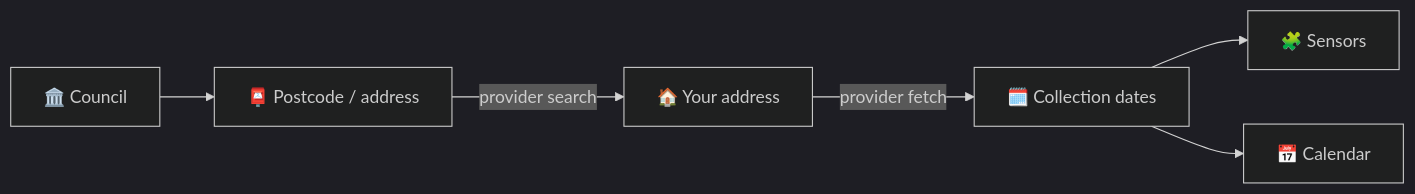
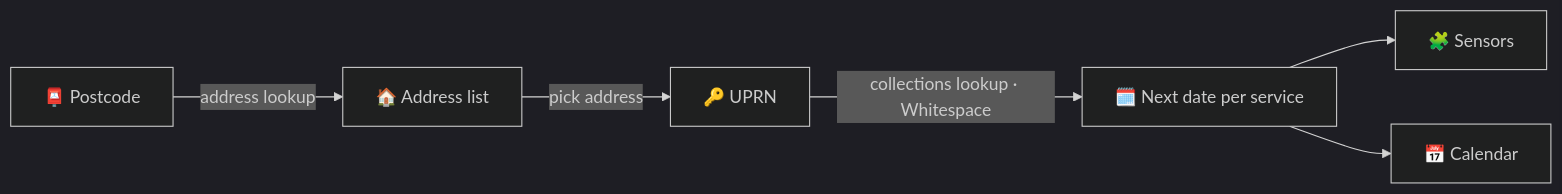
Before and after one commit to Playcolors-co/ha-binhass: the diagram in README.md, drawn with Mermaid (dark theme). The commit also changed other lines of this file and 15 other files, not shown here.

````diff
--- a/README.md
+++ b/README.md
@@ -106,8 +113,8 @@
 ```mermaid
 flowchart LR
-    C["🏛️ Council"] --> Q["📮 Postcode / address"]
-    Q -->|"provider search"| A["🏠 Your address"]
-    A -->|"provider fetch"| D["🗓️ Collection dates"]
+    P["📮 Postcode"] -->|"address lookup"| A["🏠 Address list"]
+    A -->|"pick address"| U["🔑 UPRN"]
+    U -->|"collections lookup · Whitespace"| D["🗓️ Next date per service"]
     D --> S["🧩 Sensors"]
-    D --> Cal["📅 Calendar"]
+    D --> C["📅 Calendar"]
 ```
````
